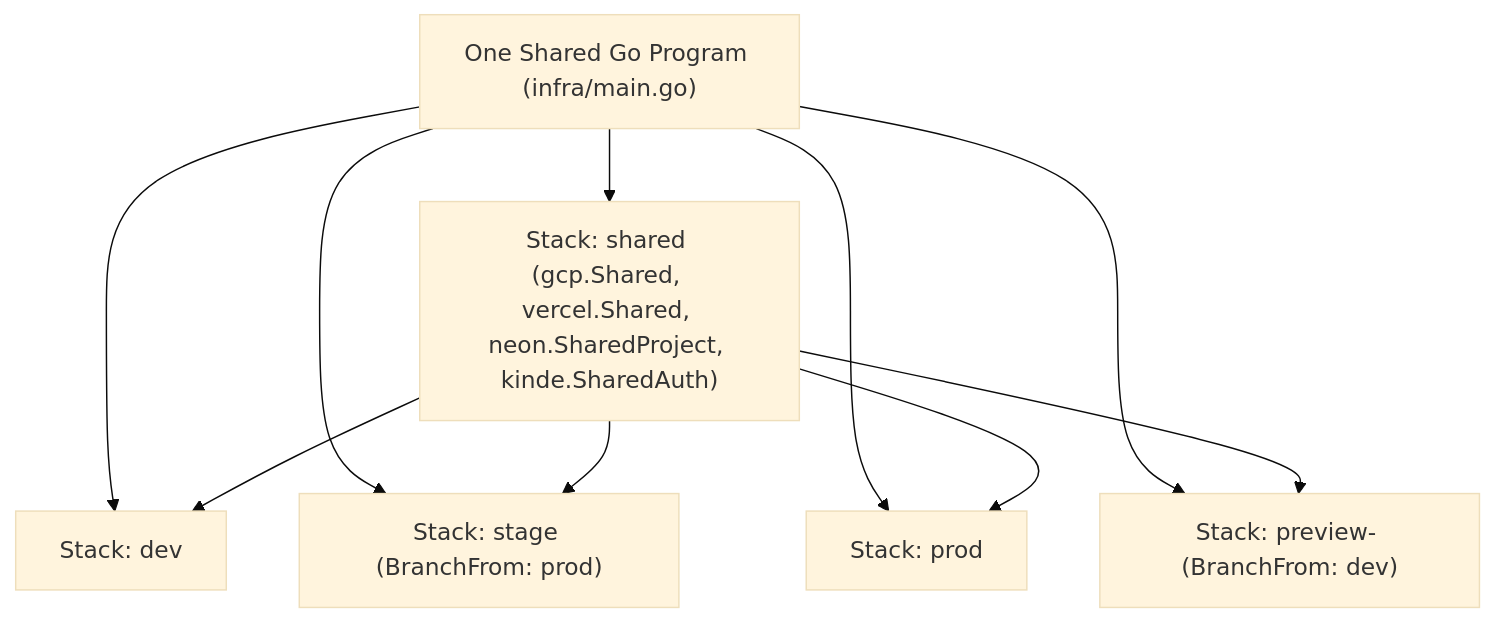
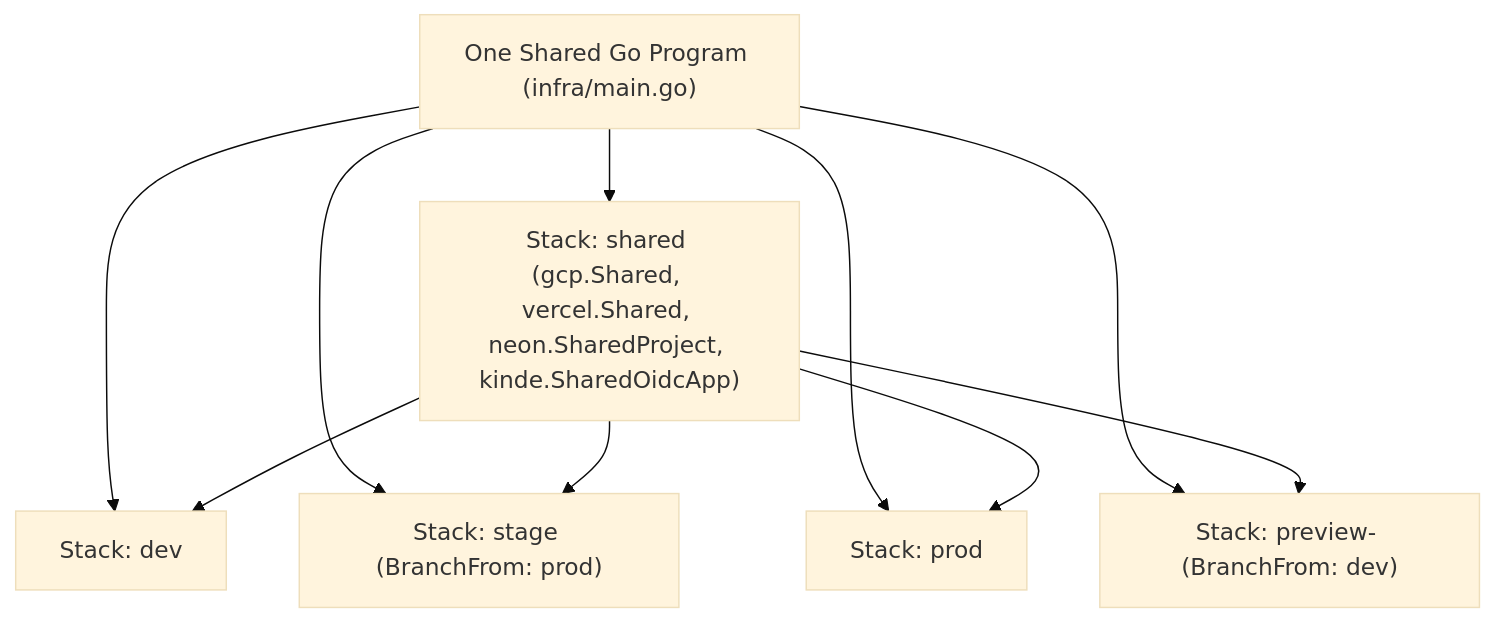
Before and after one commit to cloudvoyant/openbase: the diagram in docs/user-guide.md, drawn with Mermaid (base theme). The commit also changed other lines of this file and 104 other files, not shown here.

````diff
--- a/docs/user-guide.md
+++ b/docs/user-guide.md
@@ -7,12 +7,12 @@
 ```mermaid
 flowchart TD
-    Program["One Shared Go Program (infra/main.go)"] --> Shared["Stack: shared (gcp.Shared, vercel.Shared, neon.SharedProject, kinde.SharedAuth)"]
+    Program["One Shared Go Program (infra/main.go)"] --> Shared["Stack: shared (gcp.Shared, vercel.Shared, neon.SharedProject, kinde.SharedOidcApp)"]
     Program --> Dev["Stack: dev"]
     Program --> Stage["Stack: stage (BranchFrom: prod)"]
     Program --> Prod["Stack: prod"]
     Program --> Preview["Stack: preview-<slug> (BranchFrom: dev)"]
     Shared --> Dev
     Shared --> Stage
     Shared --> Prod
     Shared --> Preview
 ```
````
